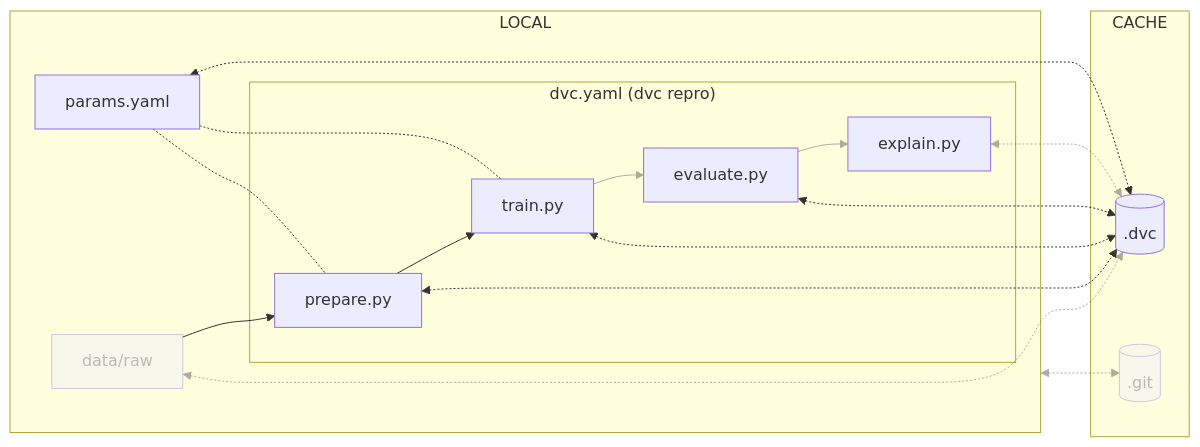
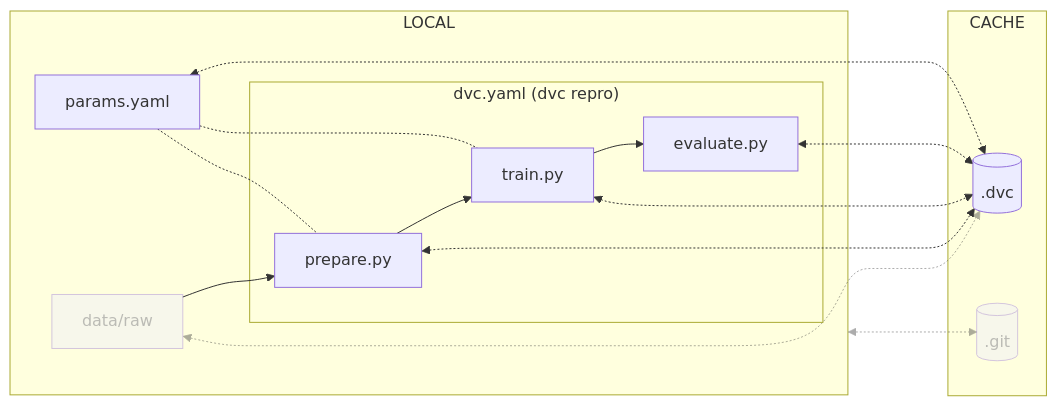
The diagram in docs/part-1-local-training-and-model-evaluation/chapter-4-reproduce-the-ml-experiment-with-dvc/index.md (swiss-ai-center/a-guide-to-mlops), drawn with Mermaid before and after one commit. The commit also changed other lines of this file and 4 other files, not shown here.

````diff
--- a/docs/part-1-local-training-and-model-evaluation/chapter-4-reproduce-the-ml-experiment-with-dvc/index.md
+++ b/docs/part-1-local-training-and-model-evaluation/chapter-4-reproduce-the-ml-experiment-with-dvc/index.md
@@ -31,33 +30,28 @@
 ```mermaid
 flowchart LR
 	dot_dvc[(.dvc)]
 	dot_git[(.git)]
 	data[data/raw] <-.-> dot_dvc
     localGraph <-....-> dot_git
 	subgraph cacheGraph[CACHE]
 		dot_dvc
 		dot_git
 	end
 	subgraph localGraph[LOCAL]
 		prepare[prepare.py] <-.-> dot_dvc
 		train[train.py] <-.-> dot_dvc
 		evaluate[evaluate.py] <-.-> dot_dvc
-        explain[explain.py] <-.-> dot_dvc
 		data --> prepare
 		subgraph dvcGraph["dvc.yaml (dvc repro)"]
 			prepare --> train
 			train --> evaluate
-            evaluate --> explain
 		end
         params[params.yaml] -.- prepare
         params -.- train
         params <-.-> dot_dvc
 	end
     style dot_git opacity:0.4,color:#7f7f7f80
     style data opacity:0.4,color:#7f7f7f80
     linkStyle 0 opacity:0.4,color:#7f7f7f80
     linkStyle 1 opacity:0.4,color:#7f7f7f80
-    linkStyle 5 opacity:0.4,color:#7f7f7f80
-    linkStyle 8 opacity:0.4,color:#7f7f7f80
-    linkStyle 9 opacity:0.4,color:#7f7f7f80
 ```
````
